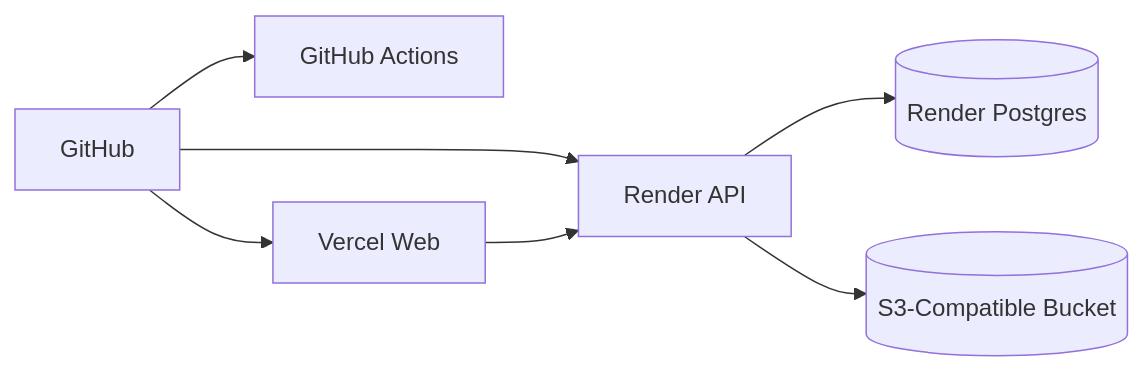
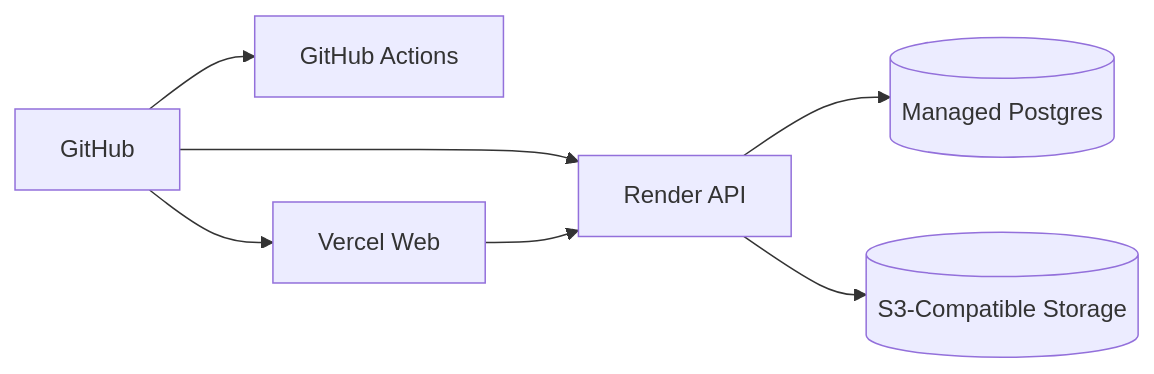
Before and after one commit to biru-codeastromer/WorldModel-Gym: the second of 2 diagrams in README.md, drawn with Mermaid. The commit also changed other lines of this file, not shown here.

````diff
--- a/README.md
+++ b/README.md
@@ -87,16 +61,16 @@
 ```mermaid
 flowchart LR
     GH["GitHub"]
     CI["GitHub Actions"]
     V["Vercel Web"]
     R["Render API"]
-    PG[("Render Postgres")]
-    S3[("S3-Compatible Bucket")]
+    PG[("Managed Postgres")]
+    S3[("S3-Compatible Storage")]
 
     GH --> CI
     GH --> V
     GH --> R
     R --> PG
     R --> S3
     V --> R
 ```
````
